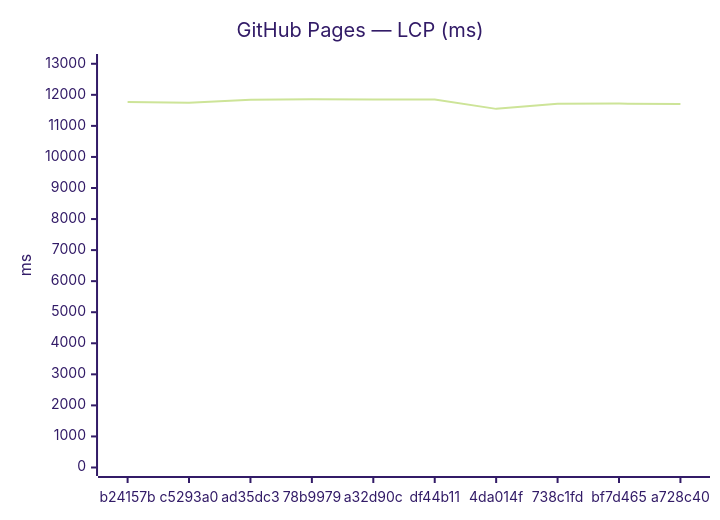
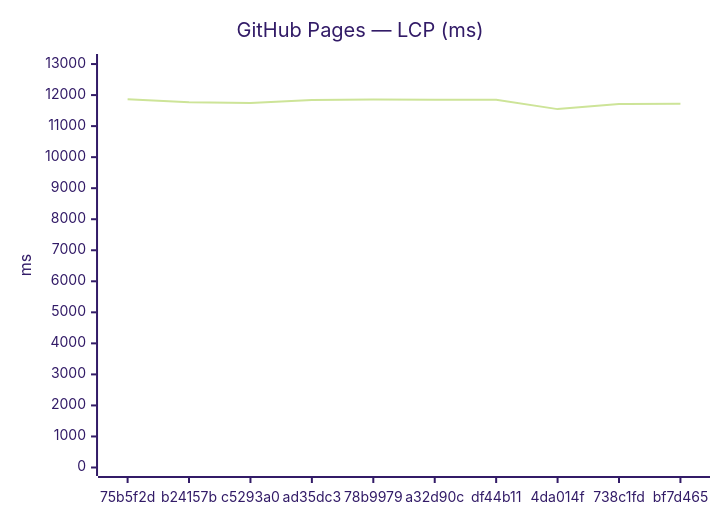
The third of 24 diagrams in benchmarks/compare.md (Metaheurist/Rianell), drawn with Mermaid (forest theme) before and after one commit. The commit also changed other lines of this file and 14 other files, not shown here.

````diff
--- a/benchmarks/compare.md
+++ b/benchmarks/compare.md
@@ -54,7 +54,7 @@
 ```mermaid
 xychart-beta
     title "GitHub Pages — LCP (ms)"
-    x-axis ["b24157b", "c5293a0", "ad35dc3", "78b9979", "a32d90c", "df44b11", "4da014f", "738c1fd", "bf7d465", "a728c40"]
-    y-axis "ms" 0 --> 13041
-    line [11768, 11742, 11838, 11855, 11852, 11847, 11548, 11710, 11718, 11707]
+    x-axis ["75b5f2d", "b24157b", "c5293a0", "ad35dc3", "78b9979", "a32d90c", "df44b11", "4da014f", "738c1fd", "bf7d465"]
+    y-axis "ms" 0 --> 13050
+    line [11863, 11768, 11742, 11838, 11855, 11852, 11847, 11548, 11710, 11718]
 ```
````
